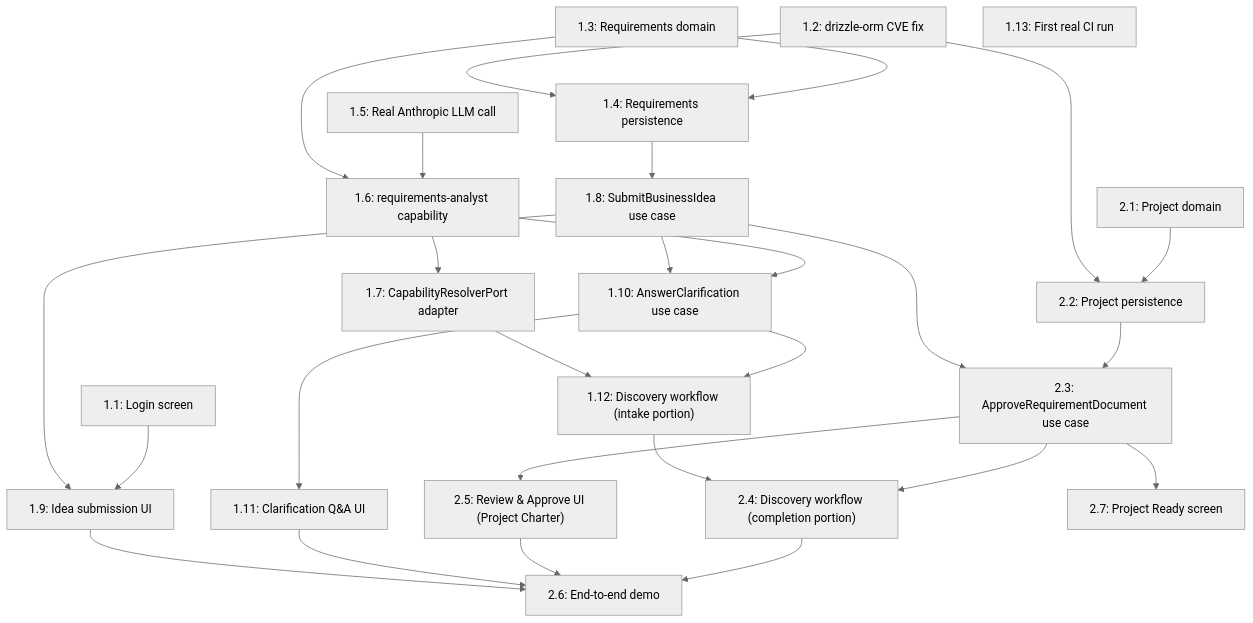
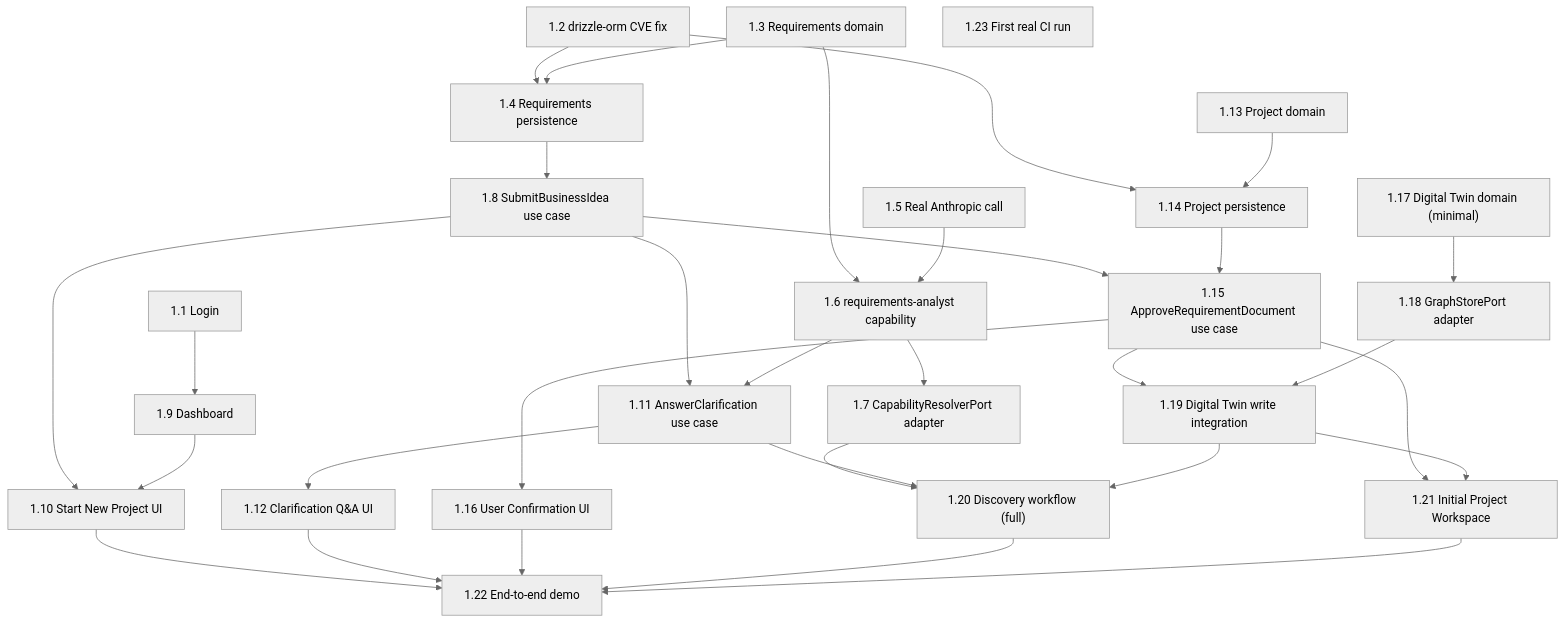
Before and after one commit to JDMata/Builder-Platform-OS: the diagram in docs/execution/sprint-1/03-dependency-map.md, drawn with Mermaid (neutral theme). The commit also changed other lines of this file and 10 other files, not shown here.

````diff
--- a/docs/execution/sprint-1/03-dependency-map.md
+++ b/docs/execution/sprint-1/03-dependency-map.md
@@ -21,50 +15,57 @@
 ```mermaid
 graph TD
-    T12["1.2: drizzle-orm CVE fix"]
-    T11["1.1: Login screen"]
-    T13["1.3: Requirements domain"]
-    T15["1.5: Real Anthropic LLM call"]
-    T14["1.4: Requirements persistence"]
-    T16["1.6: requirements-analyst capability"]
-    T17["1.7: CapabilityResolverPort adapter"]
-    T18["1.8: SubmitBusinessIdea use case"]
-    T19["1.9: Idea submission UI"]
-    T110["1.10: AnswerClarification use case"]
-    T111["1.11: Clarification Q&A UI"]
-    T112["1.12: Discovery workflow (intake portion)"]
-    T113["1.13: First real CI run"]
-
-    T21["2.1: Project domain"]
-    T22["2.2: Project persistence"]
-    T23["2.3: ApproveRequirementDocument use case"]
-    T24["2.4: Discovery workflow (completion portion)"]
-    T25["2.5: Review & Approve UI (Project Charter)"]
-    T26["2.6: End-to-end demo"]
-    T27["2.7: Project Ready screen"]
+    T11["1.1 Login"]
+    T12["1.2 drizzle-orm CVE fix"]
+    T13["1.3 Requirements domain"]
+    T14["1.4 Requirements persistence"]
+    T15["1.5 Real Anthropic call"]
+    T16["1.6 requirements-analyst capability"]
+    T17["1.7 CapabilityResolverPort adapter"]
+    T18["1.8 SubmitBusinessIdea use case"]
+    T19["1.9 Dashboard"]
+    T110["1.10 Start New Project UI"]
+    T111["1.11 AnswerClarification use case"]
+    T112["1.12 Clarification Q&A UI"]
+    T113["1.13 Project domain"]
+    T114["1.14 Project persistence"]
+    T115["1.15 ApproveRequirementDocument use case"]
+    T116["1.16 User Confirmation UI"]
+    T117["1.17 Digital Twin domain (minimal)"]
+    T118["1.18 GraphStorePort adapter"]
+    T119["1.19 Digital Twin write integration"]
+    T120["1.20 Discovery workflow (full)"]
+    T121["1.21 Initial Project Workspace"]
+    T122["1.22 End-to-end demo"]
+    T123["1.23 First real CI run"]
 
     T12 --> T14
-    T12 --> T22
+    T12 --> T114
     T13 --> T14
     T13 --> T16
     T14 --> T18
     T15 --> T16
     T16 --> T17
-    T18 --> T19
+    T18 --> T110
     T11 --> T19
-    T18 --> T110
-    T16 --> T110
-    T110 --> T111
-    T17 --> T112
-    T110 --> T112
-    T21 --> T22
-    T18 --> T23
-    T22 --> T23
-    T112 --> T24
-    T23 --> T24
-    T23 --> T25
-    T19 --> T26
-    T111 --> T26
-    T25 --> T26
-    T24 --> T26
-    T23 --> T27
+    T19 --> T110
+    T18 --> T111
+    T16 --> T111
+    T111 --> T112
+    T113 --> T114
+    T18 --> T115
+    T114 --> T115
+    T117 --> T118
+    T115 --> T119
+    T118 --> T119
+    T17 --> T120
+    T111 --> T120
+    T119 --> T120
+    T115 --> T116
+    T115 --> T121
+    T119 --> T121
+    T110 --> T122
+    T112 --> T122
+    T116 --> T122
+    T120 --> T122
+    T121 --> T122
 ```
````
